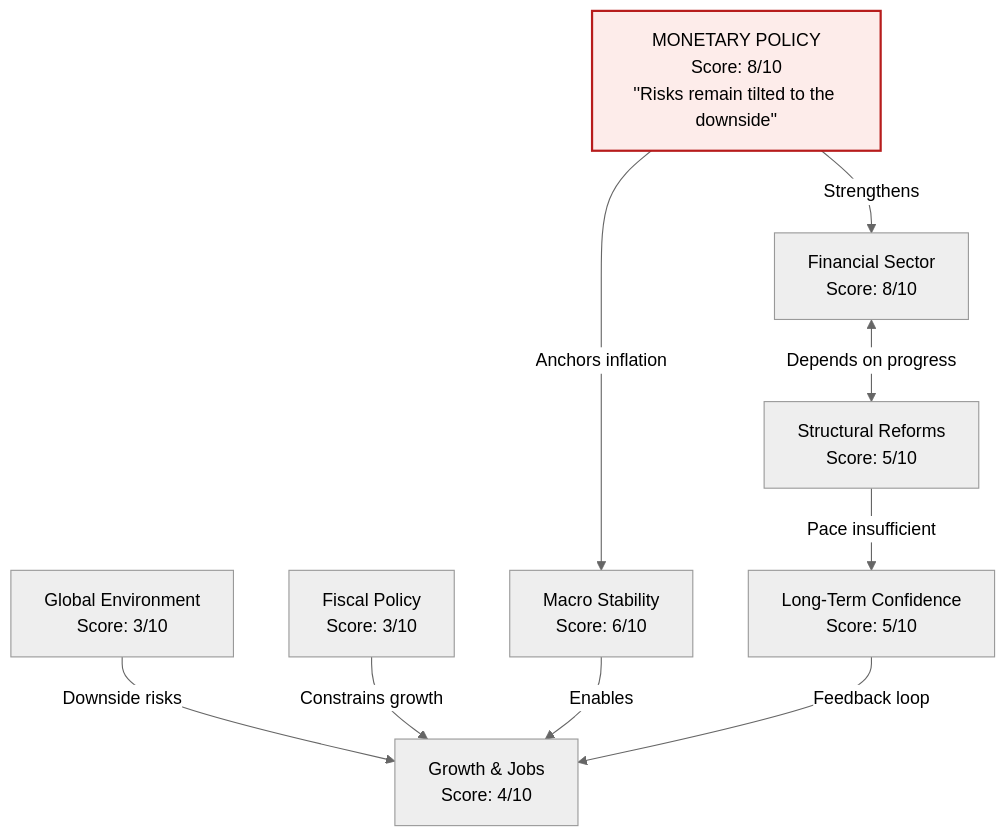
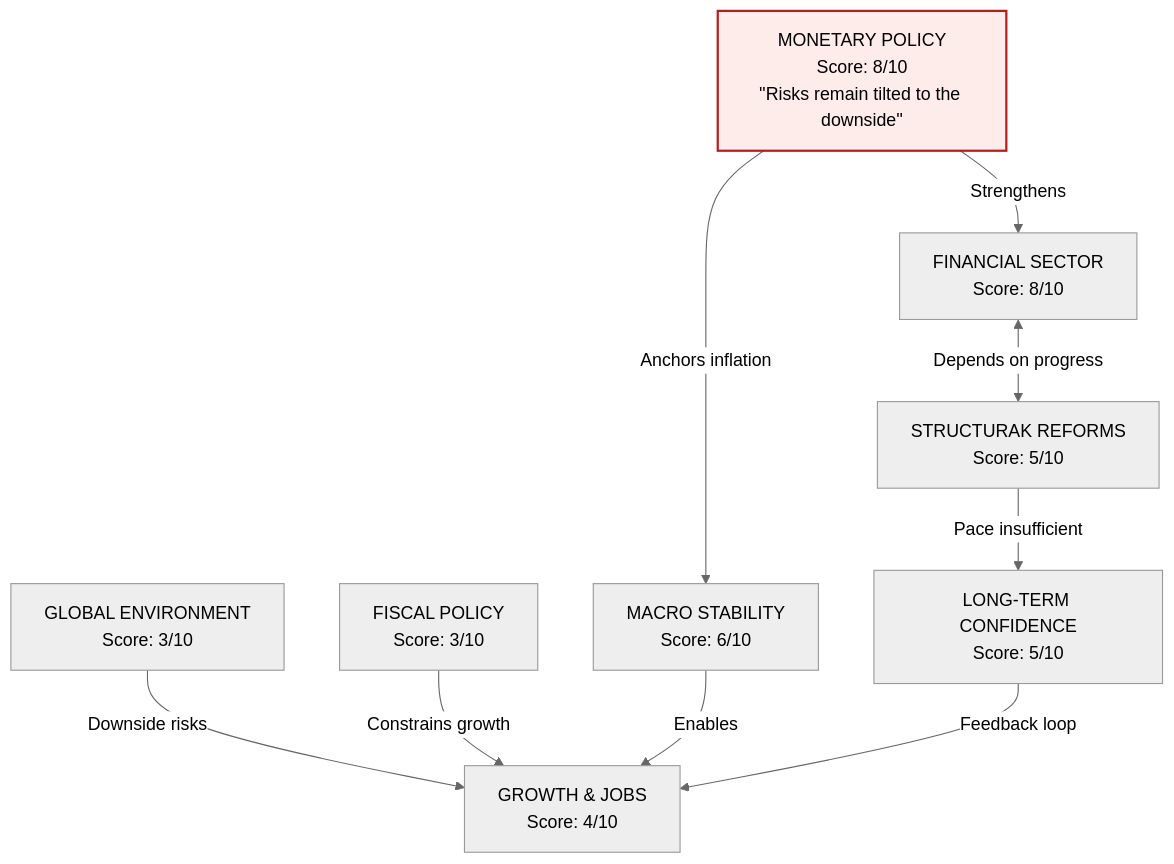
Before and after one commit to Tellusant/docs: the diagram in articles-posts/economic-sentiment-zaf.md, drawn with Mermaid (neutral theme).

```diff
--- a/articles-posts/economic-sentiment-zaf.md
+++ b/articles-posts/economic-sentiment-zaf.md
@@ -11,22 +11,22 @@
 <div class="mermaid">
 flowchart TD
-    GE["Global Environment\nScore: 3/10"]
-    FP["Fiscal Policy\nScore: 3/10"]
-    GJ["Growth & Jobs\nScore: 4/10"]
+    GE["GLOBAL ENVIRONMENT\nScore: 3/10"]
+    FP["FISCAL POLICY\nScore: 3/10"]
+    GJ["GROWTH & JOBS\nScore: 4/10"]
     MP["MONETARY POLICY\nScore: 8/10\n''Risks remain tilted to the downside''"]:::risk
-    MS["Macro Stability\nScore: 6/10"]
-    FS["Financial Sector\nScore: 8/10"]
-    SR["Structural Reforms\nScore: 5/10"]
-    LC["Long-Term Confidence\nScore: 5/10"]
+    MS["MACRO STABILITY\nScore: 6/10"]
+    FS["FINANCIAL SECTOR\nScore: 8/10"]
+    SR["STRUCTURAK REFORMS\nScore: 5/10"]
+    LC["LONG-TERM CONFIDENCE\nScore: 5/10"]
 
     GE -->|Downside risks| GJ
     FP -->|Constrains growth| GJ
     MP -->|Anchors inflation| MS
     MS -->|Enables| GJ
     MP -->|Strengthens| FS
     FS <-->|Depends on progress| SR
     SR -->|Pace insufficient| LC
     LC -->|Feedback loop| GJ
 
     classDef risk fill:#fdecea,stroke:#b71c1c,stroke-width:2px
 </div>
```
